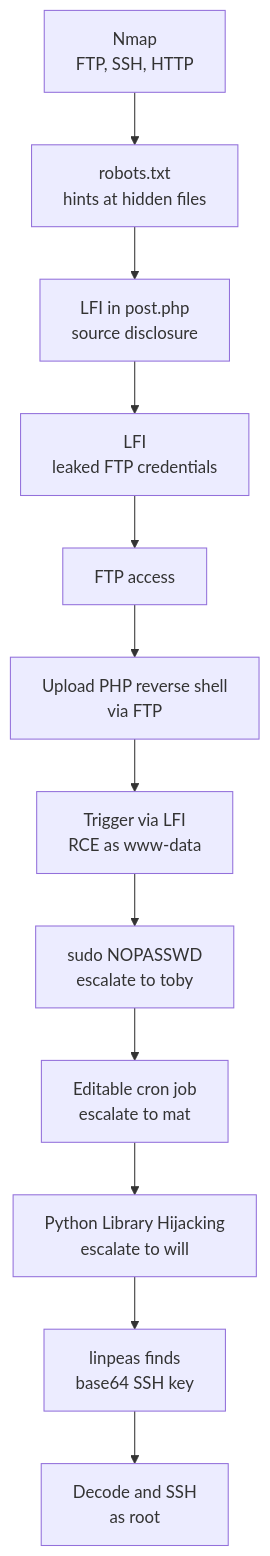
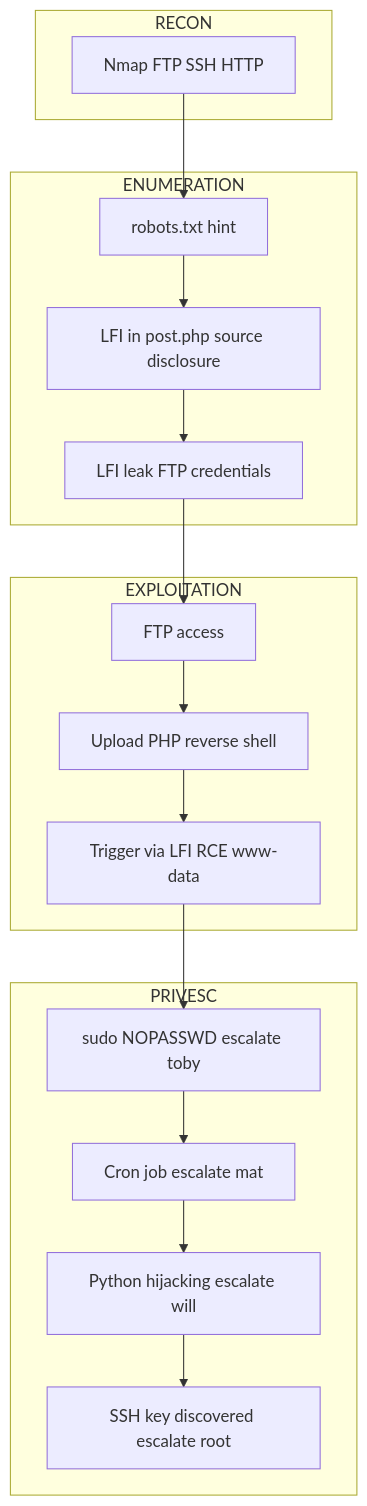
One commit to renekerr/renekerr.github.io changed the diagram in _posts/2026-07-08-watcher.md. Above: the diagram before and after it, drawn with Mermaid. The commit also changed other lines of this file and 8 other files, not shown here.

Commit message:
Improve Attack Flow diagrams: convert to subgraph format grouped by phase (RECON-ENUMERATION-EXPLOITATION-PRIVESC-POST-EXPLOITATION) for all CTF writeups

```diff
--- a/_posts/2026-07-08-watcher.md
+++ b/_posts/2026-07-08-watcher.md
@@ -243,14 +243,26 @@
 <div class="mermaid">
 graph TD
-    A["Nmap<br/>FTP, SSH, HTTP"] --> B["robots.txt<br/>hints at hidden files"]
-    B --> C["LFI in post.php<br/>source disclosure"]
-    C --> D["LFI<br/>leaked FTP credentials"]
-    D --> E["FTP access"]
-    E --> F["Upload PHP reverse shell<br/>via FTP"]
-    F --> G["Trigger via LFI<br/>RCE as www-data"]
-    G --> H["sudo NOPASSWD<br/>escalate to toby"]
-    H --> I["Editable cron job<br/>escalate to mat"]
-    I --> J["Python Library Hijacking<br/>escalate to will"]
-    J --> K["linpeas finds<br/>base64 SSH key"]
-    K --> L["Decode and SSH<br/>as root"]
+ subgraph RECON["RECON"]
+  A["Nmap FTP SSH HTTP"]
+ end
+ 
+ subgraph ENUM["ENUMERATION"]
+  B["robots.txt hint"] --> C["LFI in post.php source disclosure"]
+  C --> D["LFI leak FTP credentials"]
+ end
+ 
+ subgraph EXPL["EXPLOITATION"]
+  E["FTP access"] --> F["Upload PHP reverse shell"]
+  F --> G["Trigger via LFI RCE www-data"]
+ end
+ 
+ subgraph PRIVESC["PRIVESC"]
+  H["sudo NOPASSWD escalate toby"] --> I["Cron job escalate mat"]
+  I --> J["Python hijacking escalate will"]
+  J --> K["SSH key discovered escalate root"]
+ end
+ 
+ A --> B
+ D --> E
+ G --> H
 </div>
```
